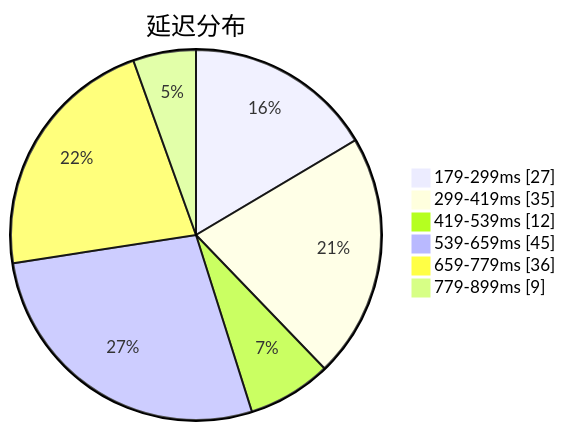
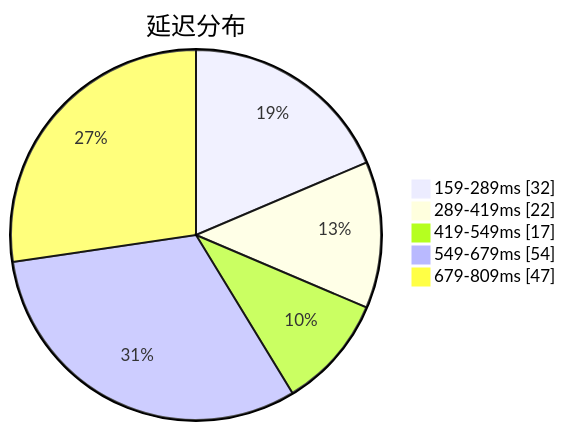
The first of 3 diagrams in subs/statistics/tested_within.md (qjlxg/airport), drawn with Mermaid before and after one commit. The commit also changed other lines of this file and 2 other files, not shown here.

````diff
--- a/subs/statistics/tested_within.md
+++ b/subs/statistics/tested_within.md
@@ -2,10 +2,9 @@
 ```mermaid
 pie showData
 title 延迟分布
-"179-299ms" : 27
-"299-419ms" : 35
-"419-539ms" : 12
-"539-659ms" : 45
-"659-779ms" : 36
-"779-899ms" : 9
+"159-289ms" : 32
+"289-419ms" : 22
+"419-549ms" : 17
+"549-679ms" : 54
+"679-809ms" : 47
 ```
````
